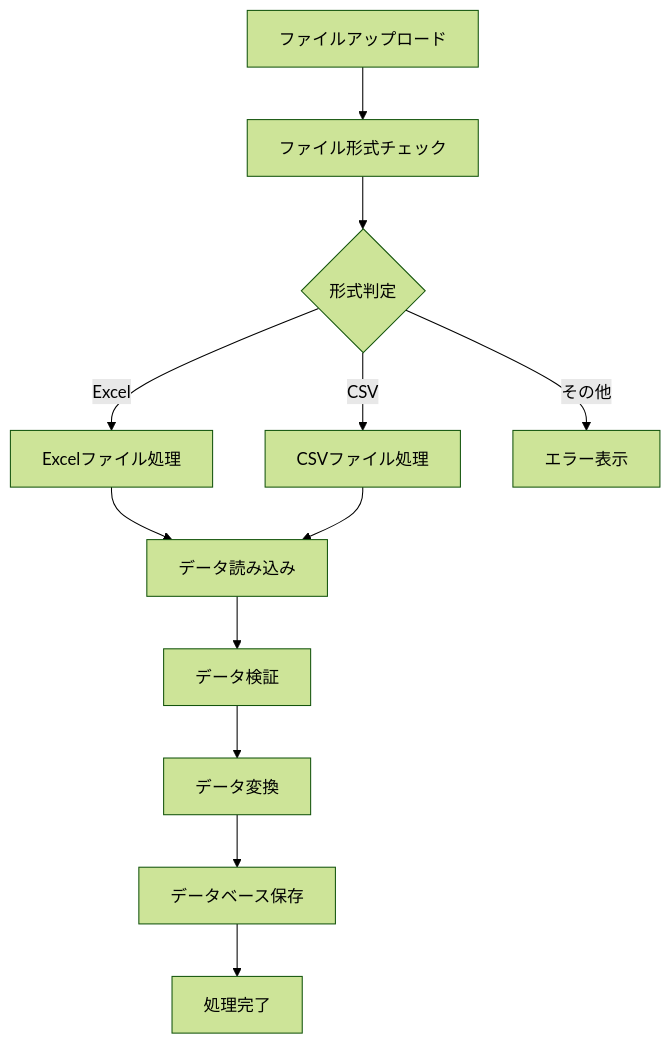
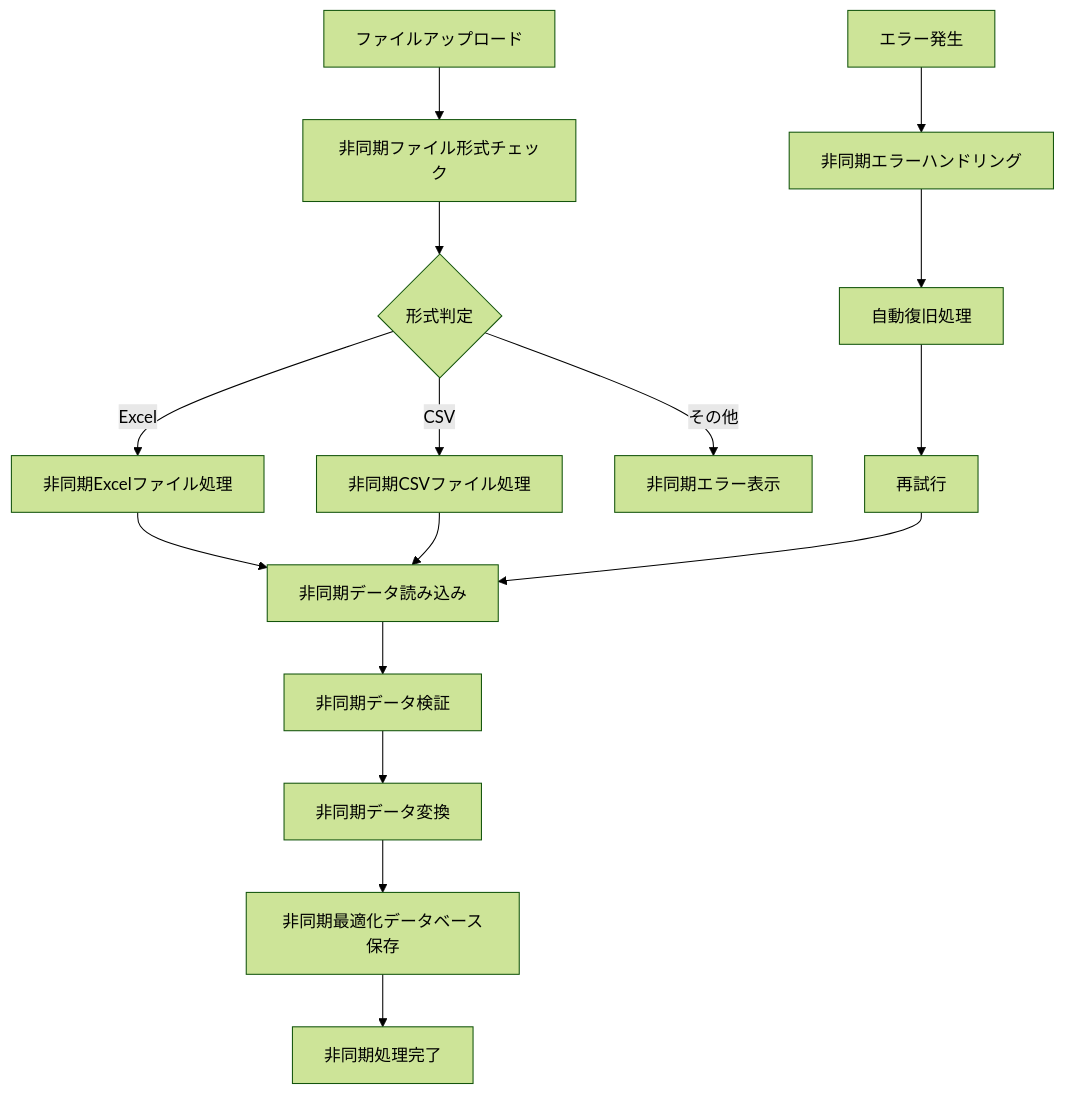
Before and after one commit to takashi-oi/qc_ariken_tpkyo: the fifth of 12 diagrams in docs/関数フロー図.md, drawn with Mermaid (forest theme). The commit also changed other lines of this file and 28 other files, not shown here.

````diff
--- a/docs/関数フロー図.md
+++ b/docs/関数フロー図.md
@@ -92,16 +110,21 @@
 ```mermaid
 graph TD
-    A[ファイルアップロード] --> B[ファイル形式チェック]
+    A[ファイルアップロード] --> B[非同期ファイル形式チェック]
     B --> C{形式判定}
-    
-    C -->|Excel| D[Excelファイル処理]
-    C -->|CSV| E[CSVファイル処理]
-    C -->|その他| F[エラー表示]
-    
-    D --> G[データ読み込み]
+
+    C -->|Excel| D[非同期Excelファイル処理]
+    C -->|CSV| E[非同期CSVファイル処理]
+    C -->|その他| F[非同期エラー表示]
+
+    D --> G[非同期データ読み込み]
     E --> G
-    G --> H[データ検証]
-    H --> I[データ変換]
-    I --> J[データベース保存]
-    J --> K[処理完了]
+    G --> H[非同期データ検証]
+    H --> I[非同期データ変換]
+    I --> J[非同期最適化データベース保存]
+    J --> K[非同期処理完了]
+
+    L[エラー発生] --> M[非同期エラーハンドリング]
+    M --> N[自動復旧処理]
+    N --> O[再試行]
+    O --> G
 ```
````
